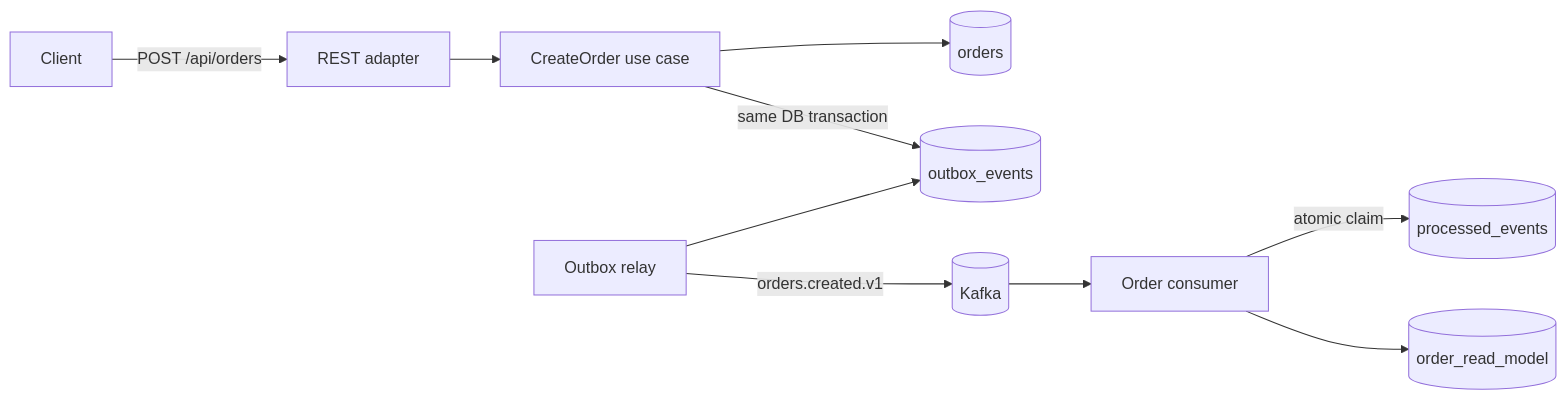
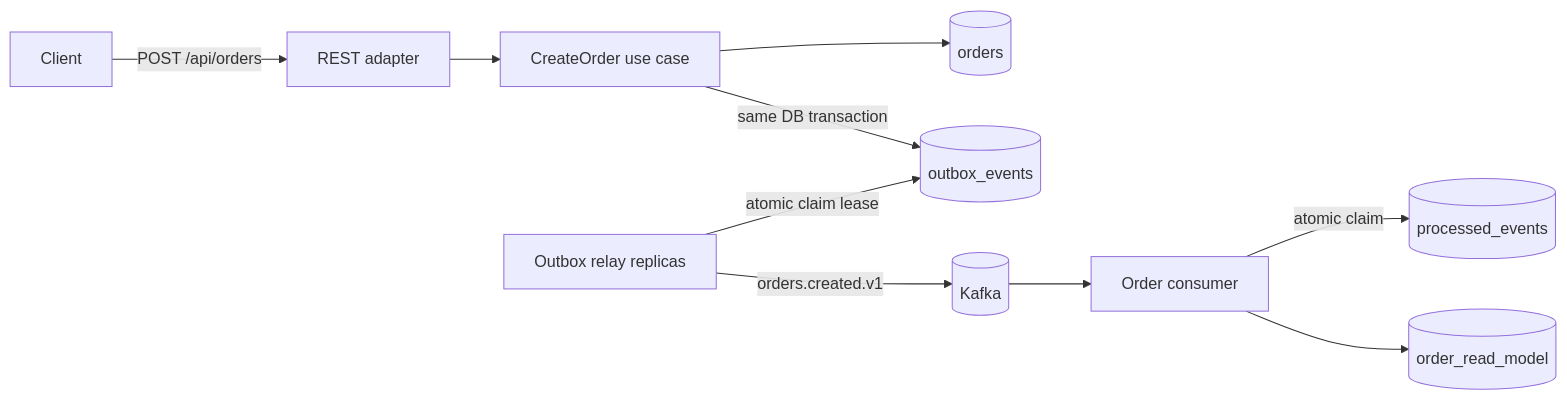
Before and after one commit to zakaria-source/eventflow: the diagram in README.md, drawn with Mermaid. The commit also changed other lines of this file and 10 other files, not shown here.

First line of the commit message:
feat: make outbox publishing safe across replicas

````diff
--- a/README.md
+++ b/README.md
@@ -22,12 +24,12 @@
 ```mermaid
 flowchart LR
     C[Client] -->|POST /api/orders| API[REST adapter]
     API --> APP[CreateOrder use case]
     APP --> ORDERS[(orders)]
     APP -->|same DB transaction| OUTBOX[(outbox_events)]
-    RELAY[Outbox relay] --> OUTBOX
+    RELAY[Outbox relay replicas] -->|atomic claim lease| OUTBOX
     RELAY -->|orders.created.v1| KAFKA[(Kafka)]
     KAFKA --> CONSUMER[Order consumer]
     CONSUMER -->|atomic claim| PROCESSED[(processed_events)]
     CONSUMER --> READ[(order_read_model)]
 ```
````
